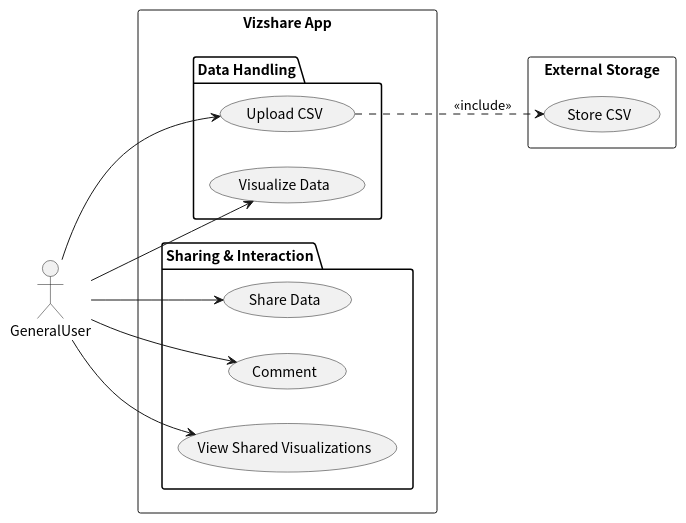
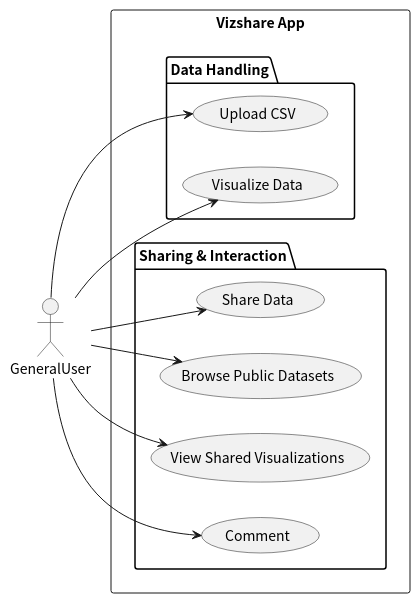
Before and after one commit to tomoki-shiozaki/vizshare: the diagram in docs/usecase/usecase.puml, drawn with PlantUML. The commit also changed 1 other file, not shown here.

Commit message:
docs(usecase): update usecase diagram

```diff
--- a/docs/usecase/usecase.puml
+++ b/docs/usecase/usecase.puml
@@ -1,32 +1,28 @@
 @startuml vizshare_use
 skinparam defaultFontName "Noto Sans CJK JP"
 left to right direction
 
 actor GeneralUser as generalUser
 
 rectangle "Vizshare App" {
   package "Data Handling" {
     (Upload CSV)
     (Visualize Data)
   }
   
   package "Sharing & Interaction" {
     (Share Data)
+    (Browse Public Datasets)
+    (View Shared Visualizations)
     (Comment)
-    (View Shared Visualizations)
   }
 }
 
-rectangle "External Storage" {
-  (Store CSV)
-}
-
-' Actors interactions
 generalUser --> (Upload CSV)
-(Upload CSV) ..> (Store CSV) : <<include>>
 generalUser --> (Visualize Data)
 generalUser --> (Share Data)
+generalUser --> (Browse Public Datasets)
+generalUser --> (View Shared Visualizations)
 generalUser --> (Comment)
-generalUser --> (View Shared Visualizations)
 
 @enduml
```
